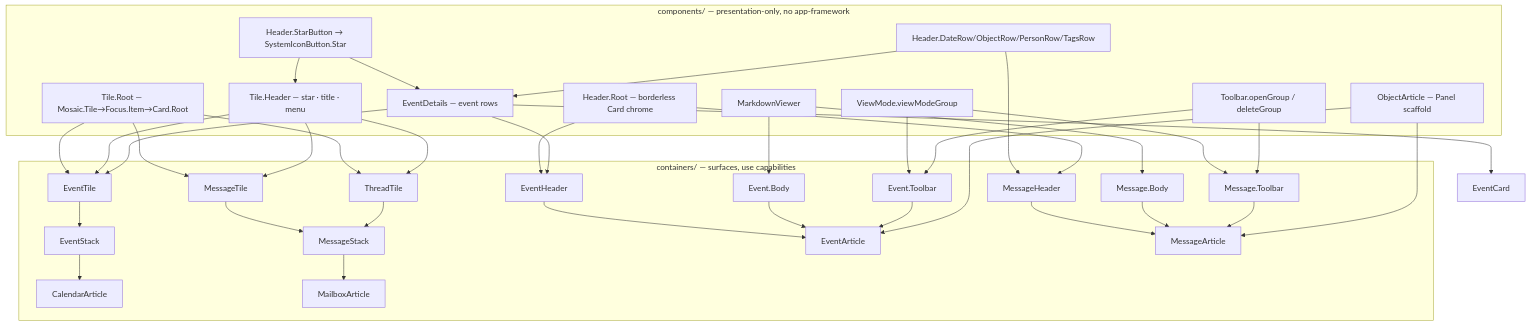
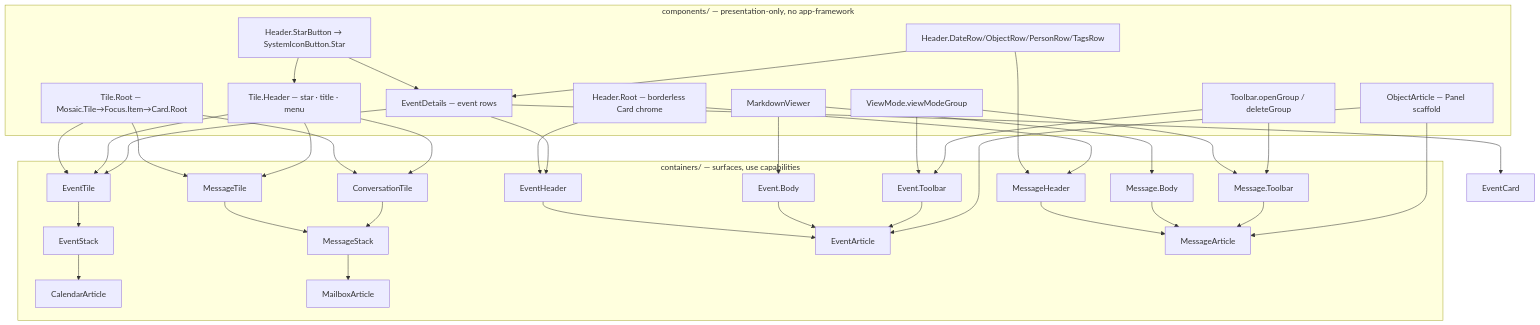
Before and after one commit to dxos/dxos: the diagram in docs/superpowers/specs/2026-06-15-inbox-shared-components-design.md, drawn with Mermaid. The commit also changed other lines of this file, not shown here.

Commit message:
docs(plugin-inbox): rename Thread->Conversation (UI) in design spec

````diff
--- a/docs/superpowers/specs/2026-06-15-inbox-shared-components-design.md
+++ b/docs/superpowers/specs/2026-06-15-inbox-shared-components-design.md
@@ -50,56 +55,56 @@
 ```mermaid
 graph TD
   subgraph shared[components/ — presentation-only, no app-framework]
     StarButton[Header.StarButton → SystemIconButton.Star]
     Rows[Header.DateRow/ObjectRow/PersonRow/TagsRow]
     HeaderRoot[Header.Root — borderless Card chrome]
     Markdown[MarkdownViewer]
     ViewMode[ViewMode.viewModeGroup]
     ToolbarOps[Toolbar.openGroup / deleteGroup]
     TileRoot[Tile.Root — Mosaic.Tile→Focus.Item→Card.Root]
     TileHeader[Tile.Header — star · title · menu]
     EventDetails[EventDetails — event rows]
     ObjectArticle[ObjectArticle — Panel scaffold]
   end
 
   StarButton --> TileHeader
   StarButton --> EventDetails
   Rows --> EventDetails
   Rows --> MessageHeader
   HeaderRoot --> EventHeader
   HeaderRoot --> MessageHeader
 
   TileRoot --> EventTile
   TileHeader --> EventTile
   EventDetails --> EventTile
   EventDetails --> EventCard
   EventDetails --> EventHeader
 
   TileRoot --> MessageTile
   TileHeader --> MessageTile
-  TileRoot --> ThreadTile
-  TileHeader --> ThreadTile
+  TileRoot --> ConversationTile
+  TileHeader --> ConversationTile
 
   Markdown --> EventBody[Event.Body]
   Markdown --> MessageBody[Message.Body]
   ViewMode --> EventToolbar[Event.Toolbar]
   ViewMode --> MessageToolbar[Message.Toolbar]
   ToolbarOps --> EventToolbar
   ToolbarOps --> MessageToolbar
 
   subgraph containers[containers/ — surfaces, use capabilities]
     EventTile --> EventStack
     EventStack --> CalendarArticle
     MessageTile --> MessageStack
-    ThreadTile --> MessageStack
+    ConversationTile --> MessageStack
     MessageStack --> MailboxArticle
     EventHeader --> EventArticle
     EventBody --> EventArticle
     EventToolbar --> EventArticle
     MessageHeader --> MessageArticle
     MessageBody --> MessageArticle
     MessageToolbar --> MessageArticle
     ObjectArticle --> EventArticle
     ObjectArticle --> MessageArticle
   end
 ```
````
